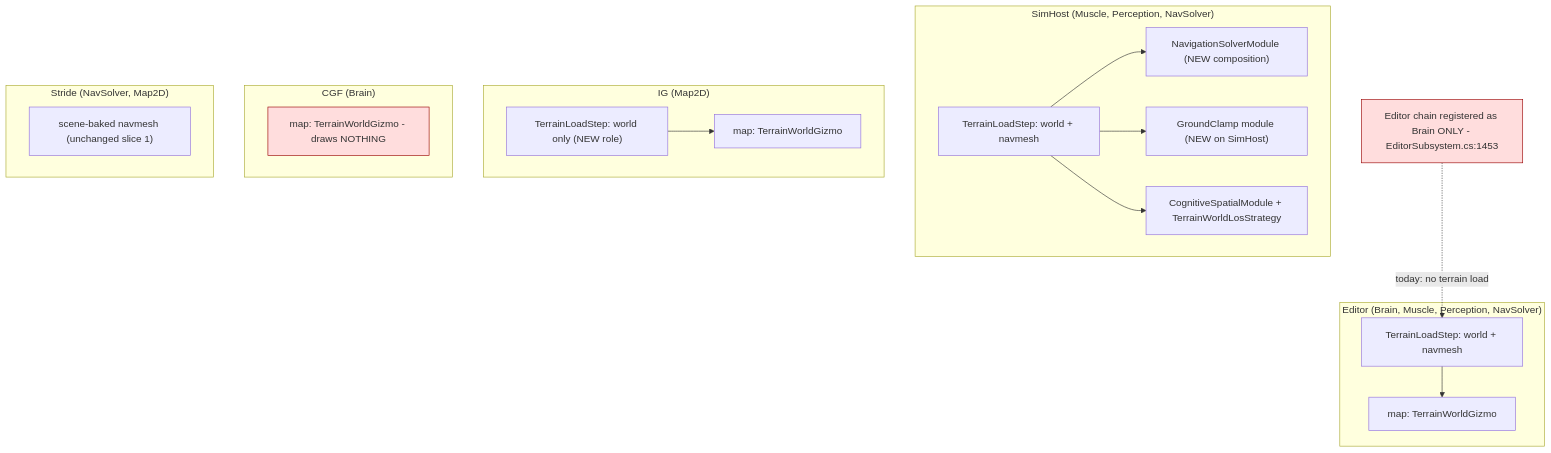
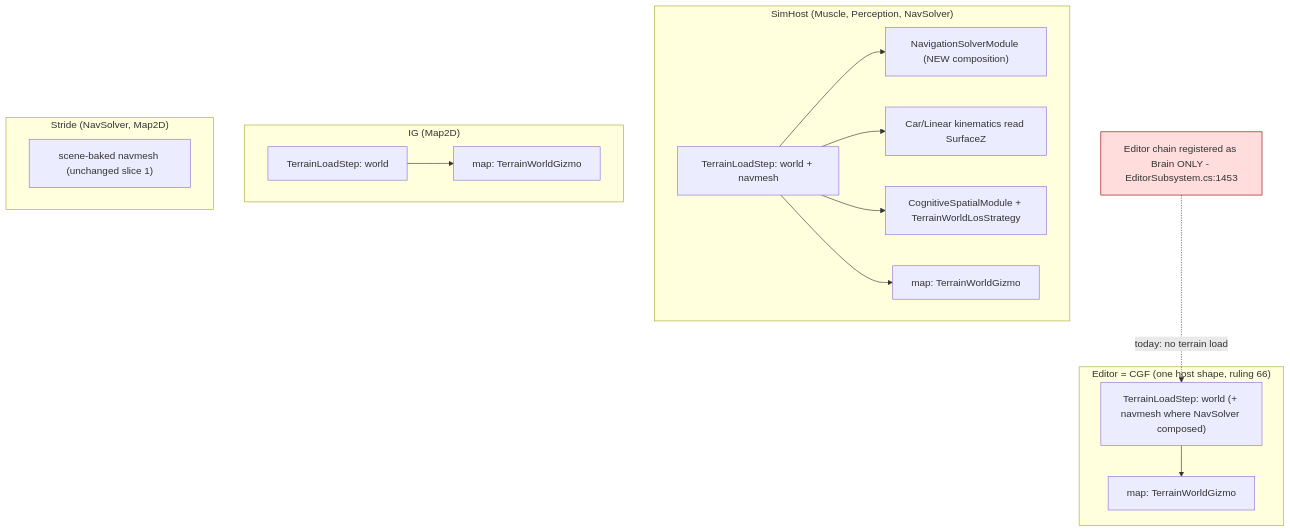
The fifth of 5 diagrams in docs/DESIGN_Terrain_World.md (pjanec/HROT), drawn with Mermaid before and after one commit. The commit also changed other lines of this file and 3 other files, not shown here.

First line of the commit message:
DESIGN_Terrain_World: fold the user's W rulings (R-182) — CGF=editor load+draw the world, filled triangles, posture eye height, Z-up nav APIs, movement model sets Z; CE-3013 (live route axis swap), CE-3014 filed

````diff
--- a/docs/DESIGN_Terrain_World.md
+++ b/docs/DESIGN_Terrain_World.md
@@ -245,32 +267,30 @@
 ```mermaid
 graph TD
   subgraph SimHost["SimHost (Muscle, Perception, NavSolver)"]
     SH_L["TerrainLoadStep: world + navmesh"]
     SH_N["NavigationSolverModule (NEW composition)"]
-    SH_G["GroundClamp module (NEW on SimHost)"]
+    SH_K["Car/Linear kinematics read SurfaceZ"]
     SH_P["CognitiveSpatialModule + TerrainWorldLosStrategy"]
+    SH_M["map: TerrainWorldGizmo"]
   end
-  subgraph Editor["Editor (Brain, Muscle, Perception, NavSolver)"]
-    ED_L["TerrainLoadStep: world + navmesh"]
-    ED_M["map: TerrainWorldGizmo"]
+  subgraph EdCgf["Editor = CGF (one host shape, ruling 66)"]
+    EC_L["TerrainLoadStep: world (+ navmesh where NavSolver composed)"]
+    EC_M["map: TerrainWorldGizmo"]
   end
   subgraph IG["IG (Map2D)"]
-    IG_L["TerrainLoadStep: world only (NEW role)"]
+    IG_L["TerrainLoadStep: world"]
     IG_M["map: TerrainWorldGizmo"]
-  end
-  subgraph CGF["CGF (Brain)"]
-    CG_M["map: TerrainWorldGizmo - draws NOTHING"]
   end
   subgraph Stride["Stride (NavSolver, Map2D)"]
     ST_N["scene-baked navmesh (unchanged slice 1)"]
   end
   SH_L --> SH_N
-  SH_L --> SH_G
+  SH_L --> SH_K
   SH_L --> SH_P
-  ED_L --> ED_M
+  SH_L --> SH_M
+  EC_L --> EC_M
   IG_L --> IG_M
   ED_X["Editor chain registered as Brain ONLY - EditorSubsystem.cs:1453"]
-  ED_X -.->|today: no terrain load| ED_L
+  ED_X -.->|today: no terrain load| EC_L
   style ED_X fill:#fdd,stroke:#900
-  style CG_M fill:#fdd,stroke:#900
 ```
````
